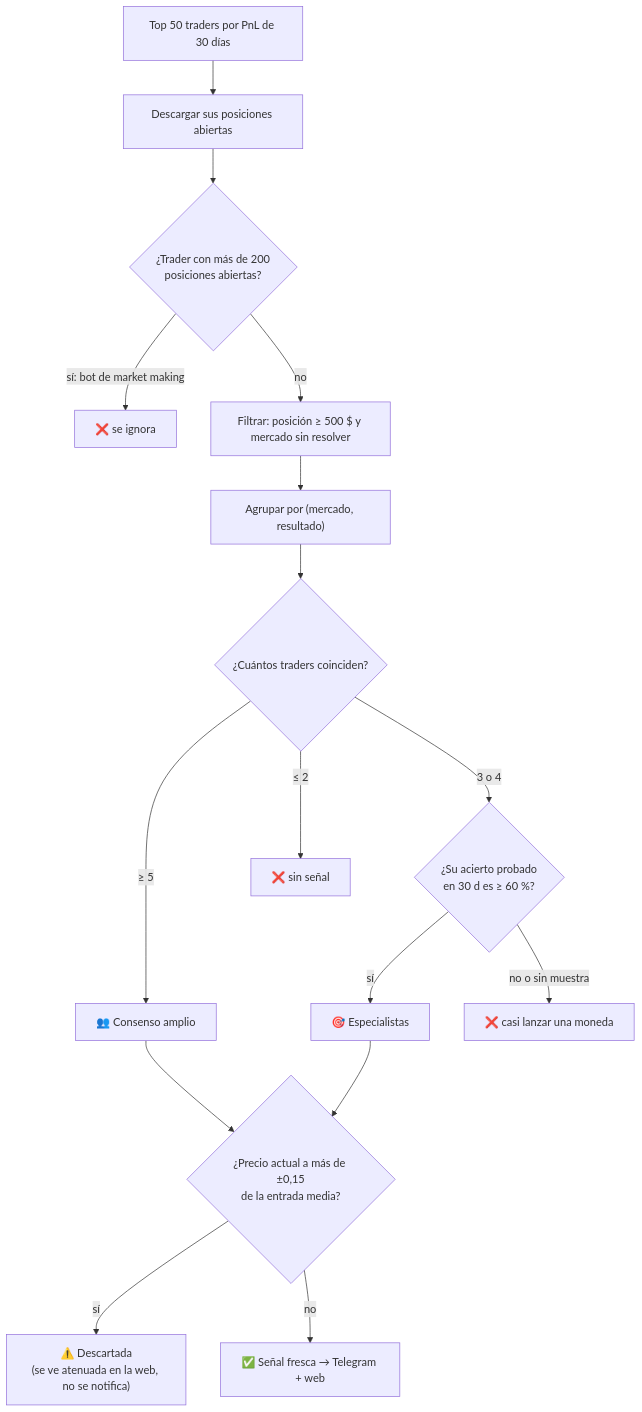
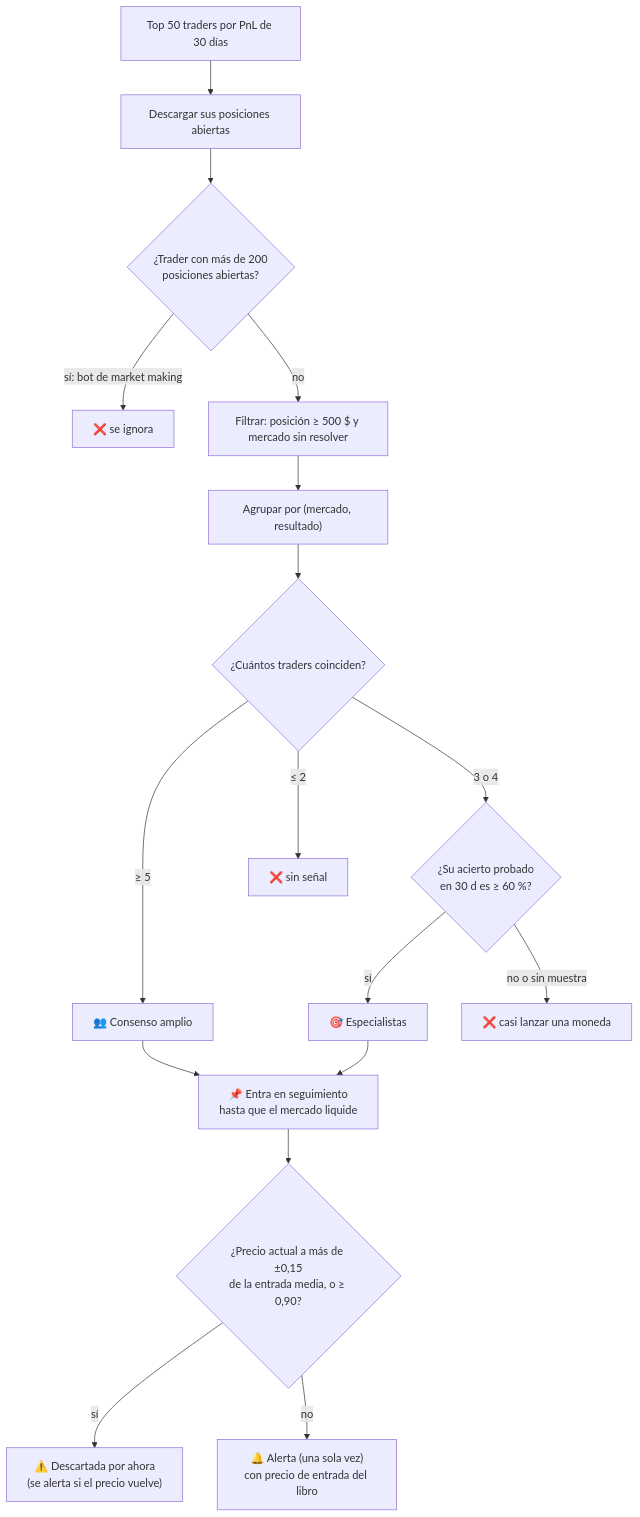
The second of 4 diagrams in README.md (edulabrador/polymarket-smart-money), drawn with Mermaid before and after one commit. The commit also changed other lines of this file and 17 other files, not shown here.

First line of the commit message:
Medición fiable: seguimiento persistente, oráculo, ROI de alertas y backtest por replay (#2)

````diff
--- a/README.md
+++ b/README.md
@@ -142,17 +195,18 @@
 ```mermaid
 flowchart TD
     A["Top 50 traders por PnL de 30 días"] --> B["Descargar sus posiciones abiertas"]
     B --> C{"¿Trader con más de 200<br/>posiciones abiertas?"}
     C -- "sí: bot de market making" --> X1["❌ se ignora"]
     C -- no --> D["Filtrar: posición ≥ 500 $ y mercado sin resolver"]
     D --> E["Agrupar por (mercado, resultado)"]
     E --> F{"¿Cuántos traders coinciden?"}
     F -- "≥ 5" --> G["👥 Consenso amplio"]
     F -- "3 o 4" --> H{"¿Su acierto probado<br/>en 30 d es ≥ 60 %?"}
     H -- sí --> I["🎯 Especialistas"]
     H -- "no o sin muestra" --> X2["❌ casi lanzar una moneda"]
     F -- "≤ 2" --> X3["❌ sin señal"]
-    G & I --> K{"¿Precio actual a más de ±0,15<br/>de la entrada media?"}
-    K -- sí --> L["⚠️ Descartada<br/>(se ve atenuada en la web, no se notifica)"]
-    K -- no --> M["✅ Señal fresca → Telegram + web"]
+    G & I --> T["📌 Entra en seguimiento<br/>hasta que el mercado liquide"]
+    T --> K{"¿Precio actual a más de ±0,15<br/>de la entrada media, o ≥ 0,90?"}
+    K -- sí --> L["⚠️ Descartada por ahora<br/>(se alerta si el precio vuelve)"]
+    K -- no --> M["🔔 Alerta (una sola vez)<br/>con precio de entrada del libro"]
 ```
````
